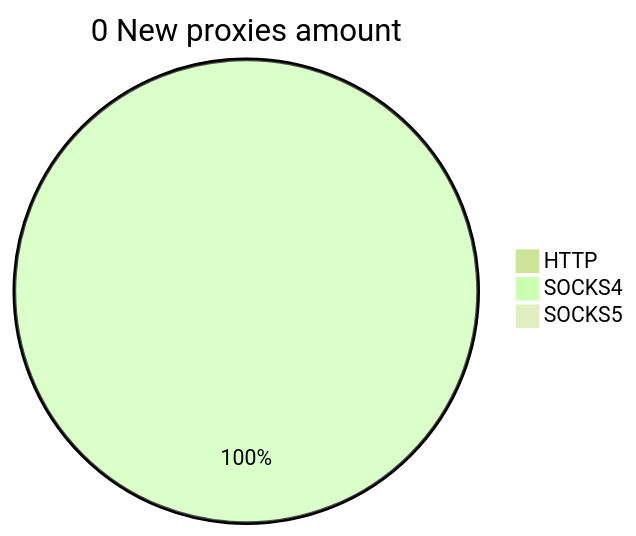
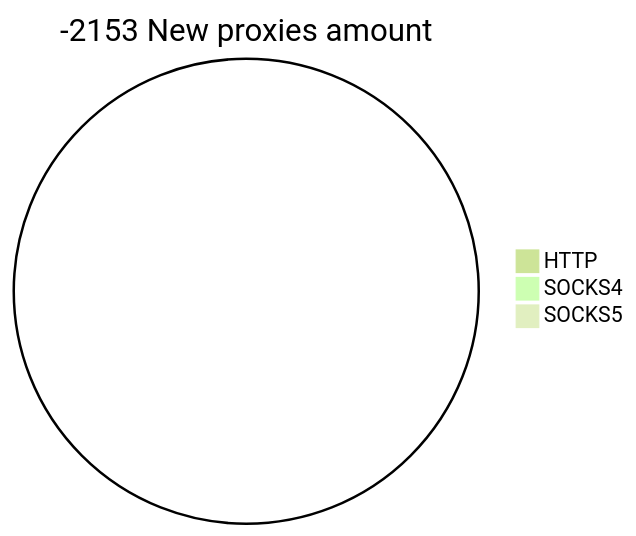
One commit to cutipu/proxylist changed the second of 2 diagrams in README.md. Above: the diagram before and after it, drawn with Mermaid (forest theme). The commit also changed other lines of this file, not shown here.

````diff
--- a/README.md
+++ b/README.md
@@ -10,6 +10,6 @@
 ```mermaid
-pie title 0 New proxies amount
+pie title -2153 New proxies amount
     "HTTP" : 0
-    "SOCKS4" : 2
+    "SOCKS4" : 0
     "SOCKS5" : 0
 ```
````
